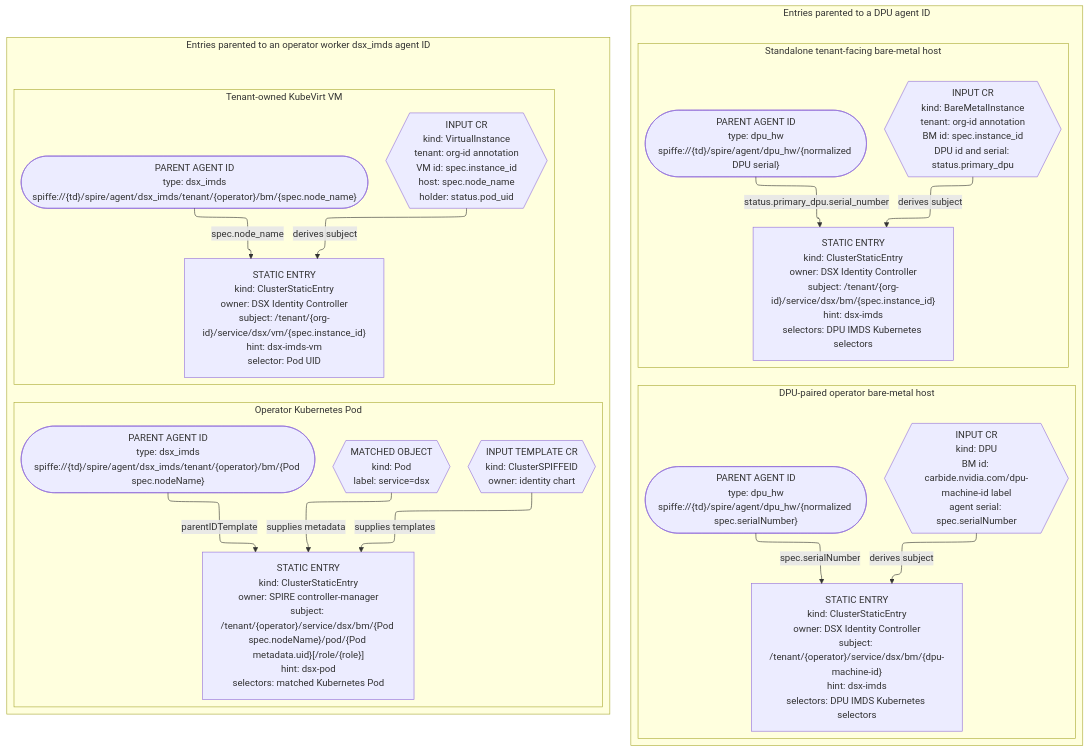
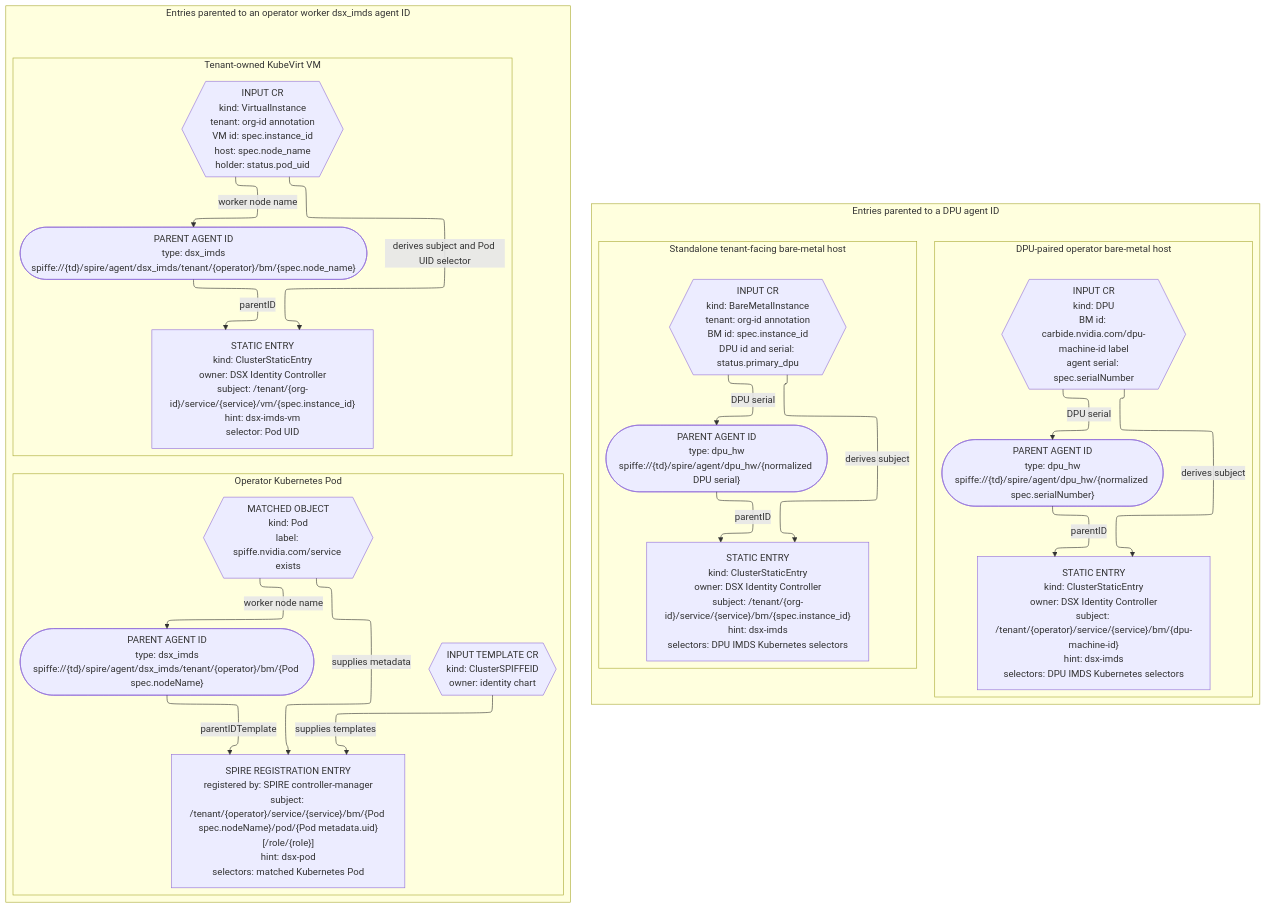
The fourth of 5 diagrams in README.md (dsx-ai-factory/nvidia-workload-identity), drawn with Mermaid before and after one commit. The commit also changed other lines of this file and 1 other file, not shown here.

Commit message:
fix(NO-REF): correct README identity diagrams

````diff
--- a/README.md
+++ b/README.md
@@ -299,50 +340,54 @@
 ```mermaid
 %%{init: {"flowchart": {"defaultRenderer": "elk"}, "elk": {"nodePlacementStrategy": "SIMPLE"}}}%%
 flowchart TB
 
   subgraph DPUParented["Entries parented to a DPU agent ID"]
     direction LR
 
     subgraph DPULane["DPU-paired operator bare-metal host"]
       direction TB
       DPUCR{{"INPUT CR<br/>kind: DPU<br/>BM id: carbide.nvidia.com/dpu-machine-id label<br/>agent serial: spec.serialNumber"}}
       DPUParent(["PARENT AGENT ID<br/>type: dpu_hw<br/>spiffe://{td}/spire/agent/dpu_hw/{normalized spec.serialNumber}"])
-      DPUEntry["STATIC ENTRY<br/>kind: ClusterStaticEntry<br/>owner: DSX Identity Controller<br/>subject: /tenant/{operator}/service/dsx/bm/{dpu-machine-id}<br/>hint: dsx-imds<br/>selectors: DPU IMDS Kubernetes selectors"]
+      DPUEntry["STATIC ENTRY<br/>kind: ClusterStaticEntry<br/>owner: DSX Identity Controller<br/>subject: /tenant/{operator}/service/{service}/bm/{dpu-machine-id}<br/>hint: dsx-imds<br/>selectors: DPU IMDS Kubernetes selectors"]
       DPUCR -->|"derives subject"| DPUEntry
-      DPUParent -->|"spec.serialNumber"| DPUEntry
+      DPUCR -->|"DPU serial"| DPUParent
+      DPUParent -->|"parentID"| DPUEntry
     end
 
     subgraph HostLane["Standalone tenant-facing bare-metal host"]
       direction TB
       HostSource{{"INPUT CR<br/>kind: BareMetalInstance<br/>tenant: org-id annotation<br/>BM id: spec.instance_id<br/>DPU id and serial: status.primary_dpu"}}
       HostParent(["PARENT AGENT ID<br/>type: dpu_hw<br/>spiffe://{td}/spire/agent/dpu_hw/{normalized DPU serial}"])
-      HostEntry["STATIC ENTRY<br/>kind: ClusterStaticEntry<br/>owner: DSX Identity Controller<br/>subject: /tenant/{org-id}/service/dsx/bm/{spec.instance_id}<br/>hint: dsx-imds<br/>selectors: DPU IMDS Kubernetes selectors"]
+      HostEntry["STATIC ENTRY<br/>kind: ClusterStaticEntry<br/>owner: DSX Identity Controller<br/>subject: /tenant/{org-id}/service/{service}/bm/{spec.instance_id}<br/>hint: dsx-imds<br/>selectors: DPU IMDS Kubernetes selectors"]
       HostSource -->|"derives subject"| HostEntry
-      HostParent -->|"status.primary_dpu.serial_number"| HostEntry
+      HostSource -->|"DPU serial"| HostParent
+      HostParent -->|"parentID"| HostEntry
     end
   end
 
   subgraph HostParented["Entries parented to an operator worker dsx_imds agent ID"]
     direction LR
 
     subgraph PodLane["Operator Kubernetes Pod"]
       direction TB
       PodTemplate{{"INPUT TEMPLATE CR<br/>kind: ClusterSPIFFEID<br/>owner: identity chart"}}
-      PodObject{{"MATCHED OBJECT<br/>kind: Pod<br/>label: service=dsx"}}
+      PodObject{{"MATCHED OBJECT<br/>kind: Pod<br/>label: spiffe.nvidia.com/service exists"}}
       PodParent(["PARENT AGENT ID<br/>type: dsx_imds<br/>spiffe://{td}/spire/agent/dsx_imds/tenant/{operator}/bm/{Pod spec.nodeName}"])
-      PodEntry["STATIC ENTRY<br/>kind: ClusterStaticEntry<br/>owner: SPIRE controller-manager<br/>subject: /tenant/{operator}/service/dsx/bm/{Pod spec.nodeName}/pod/{Pod metadata.uid}[/role/{role}]<br/>hint: dsx-pod<br/>selectors: matched Kubernetes Pod"]
+      PodEntry["SPIRE REGISTRATION ENTRY<br/>registered by: SPIRE controller-manager<br/>subject: /tenant/{operator}/service/{service}/bm/{Pod spec.nodeName}/pod/{Pod metadata.uid}[/role/{role}]<br/>hint: dsx-pod<br/>selectors: matched Kubernetes Pod"]
       PodTemplate -->|"supplies templates"| PodEntry
       PodObject -->|"supplies metadata"| PodEntry
+      PodObject -->|"worker node name"| PodParent
       PodParent -->|"parentIDTemplate"| PodEntry
     end
 
     subgraph VMLane["Tenant-owned KubeVirt VM"]
       direction TB
       VMSource{{"INPUT CR<br/>kind: VirtualInstance<br/>tenant: org-id annotation<br/>VM id: spec.instance_id<br/>host: spec.node_name<br/>holder: status.pod_uid"}}
       VMParent(["PARENT AGENT ID<br/>type: dsx_imds<br/>spiffe://{td}/spire/agent/dsx_imds/tenant/{operator}/bm/{spec.node_name}"])
-      VMEntry["STATIC ENTRY<br/>kind: ClusterStaticEntry<br/>owner: DSX Identity Controller<br/>subject: /tenant/{org-id}/service/dsx/vm/{spec.instance_id}<br/>hint: dsx-imds-vm<br/>selector: Pod UID"]
-      VMSource -->|"derives subject"| VMEntry
-      VMParent -->|"spec.node_name"| VMEntry
+      VMEntry["STATIC ENTRY<br/>kind: ClusterStaticEntry<br/>owner: DSX Identity Controller<br/>subject: /tenant/{org-id}/service/{service}/vm/{spec.instance_id}<br/>hint: dsx-imds-vm<br/>selector: Pod UID"]
+      VMSource -->|"derives subject and Pod UID selector"| VMEntry
+      VMSource -->|"worker node name"| VMParent
+      VMParent -->|"parentID"| VMEntry
     end
   end
 ```
````
